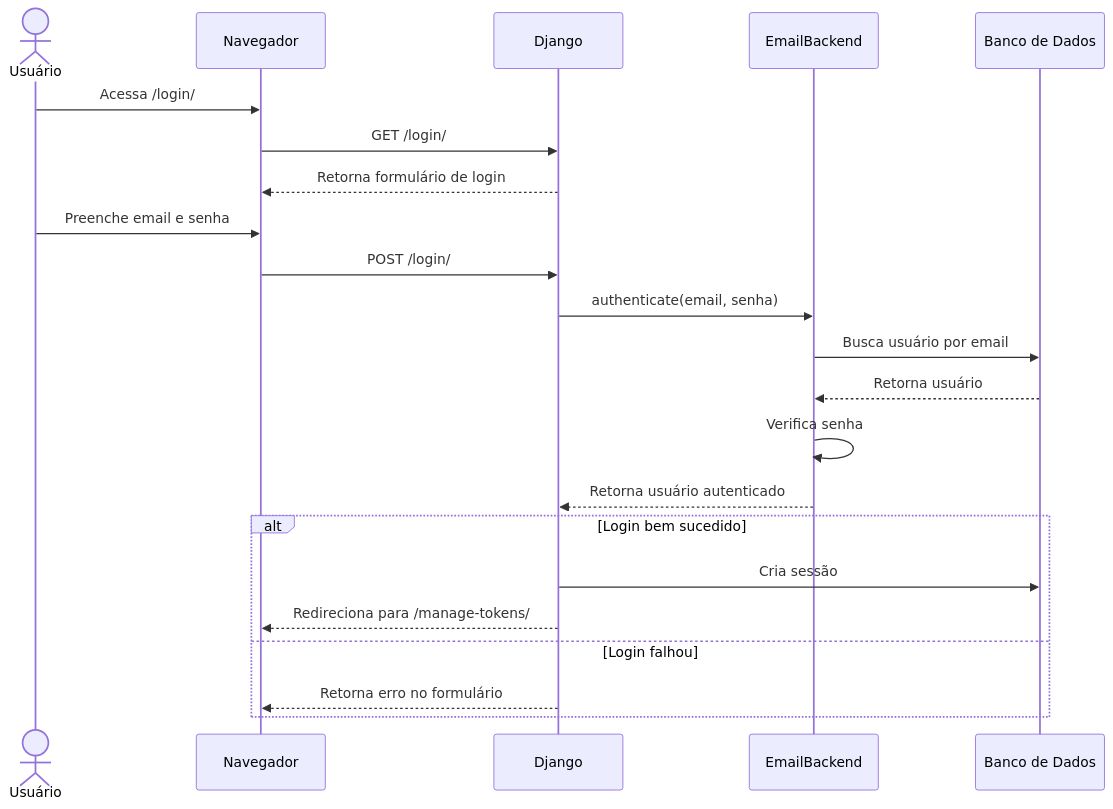
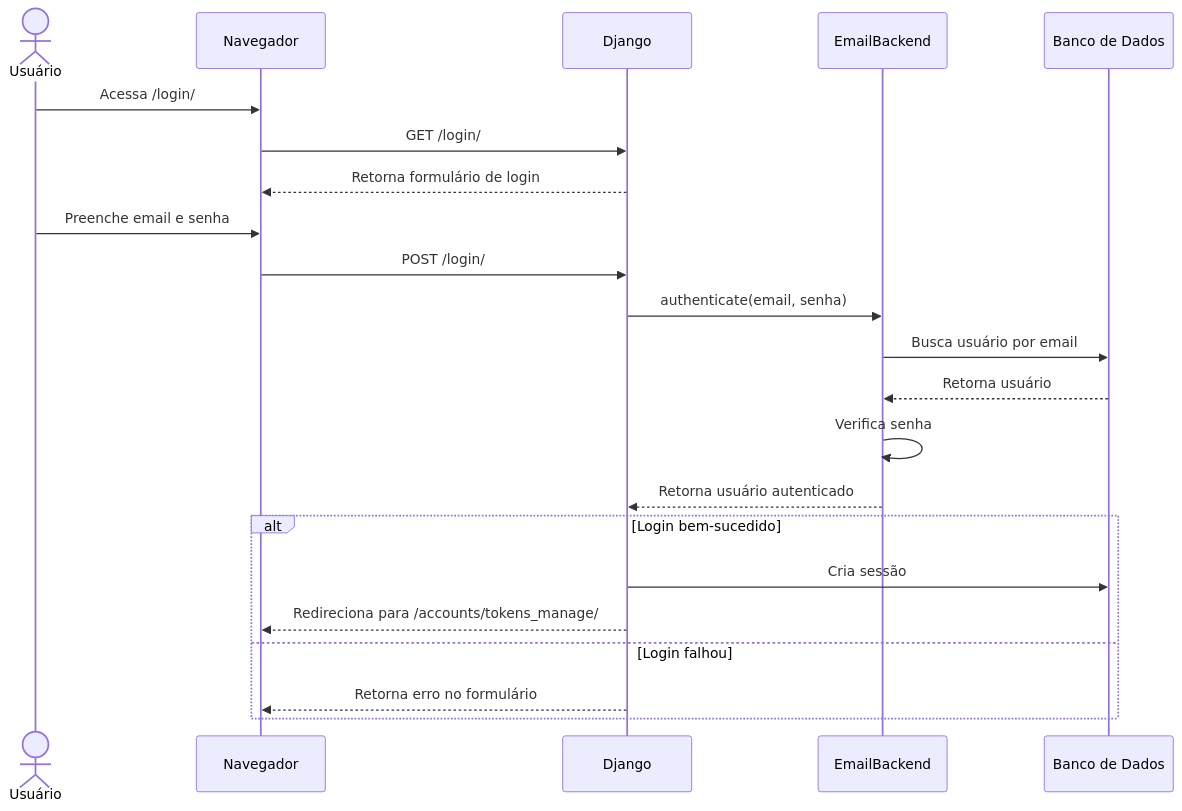
The third of 33 diagrams in README.md (diegogrosmann/EnsinaNet.AI), drawn with Mermaid before and after one commit. The commit also changed other lines of this file and 52 other files, not shown here.

````diff
--- a/README.md
+++ b/README.md
@@ -517,25 +521,25 @@
 ```mermaid
 sequenceDiagram
     actor U as Usuário
     participant N as Navegador
     participant D as Django
     participant EB as EmailBackend
     participant DB as Banco de Dados
 
     U->>N: Acessa /login/
     N->>D: GET /login/
     D-->>N: Retorna formulário de login
     U->>N: Preenche email e senha
     N->>D: POST /login/
     D->>EB: authenticate(email, senha)
     EB->>DB: Busca usuário por email
     DB-->>EB: Retorna usuário
     EB->>EB: Verifica senha
     EB-->>D: Retorna usuário autenticado
-    alt Login bem sucedido
+    alt Login bem-sucedido
         D->>DB: Cria sessão
-        D-->>N: Redireciona para /manage-tokens/
+        D-->>N: Redireciona para /accounts/tokens_manage/
     else Login falhou
         D-->>N: Retorna erro no formulário
     end
 ```
````
